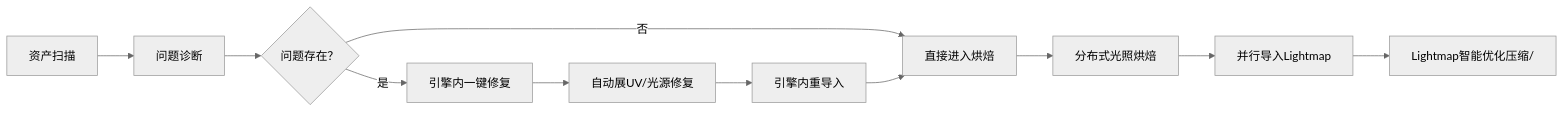
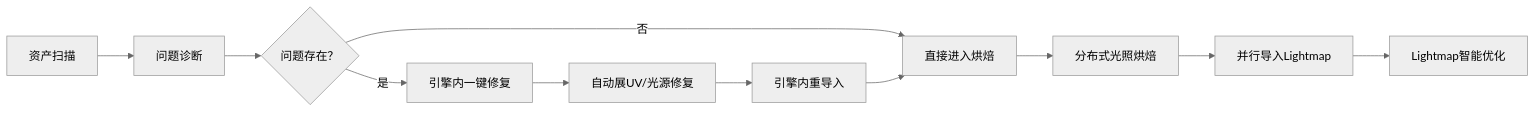
One commit to archieluan/iodraw-files changed the diagram in all/未命名-3.md. Above: the diagram before and after it, drawn with Mermaid (neutral theme).

Commit message:
2025-06-10 17:22:47 update

````diff
--- a/all/未命名-3.md
+++ b/all/未命名-3.md
@@ -1,13 +1,13 @@
 ```mermaid
 graph LR
     A[资产扫描] --> B[问题诊断]
     B --> C{问题存在？}
     C -->|是| D[引擎内一键修复]
     C -->|否| E[直接进入烘焙]
     D --> F[自动展UV/光源修复]
     F --> G[引擎内重导入]
     G --> E
     E --> H[分布式光照烘焙]
     H --> I[并行导入Lightmap]
-    I --> J[Lightmap智能优化压缩/]
+    I --> J[Lightmap智能优化]
 ```
````
